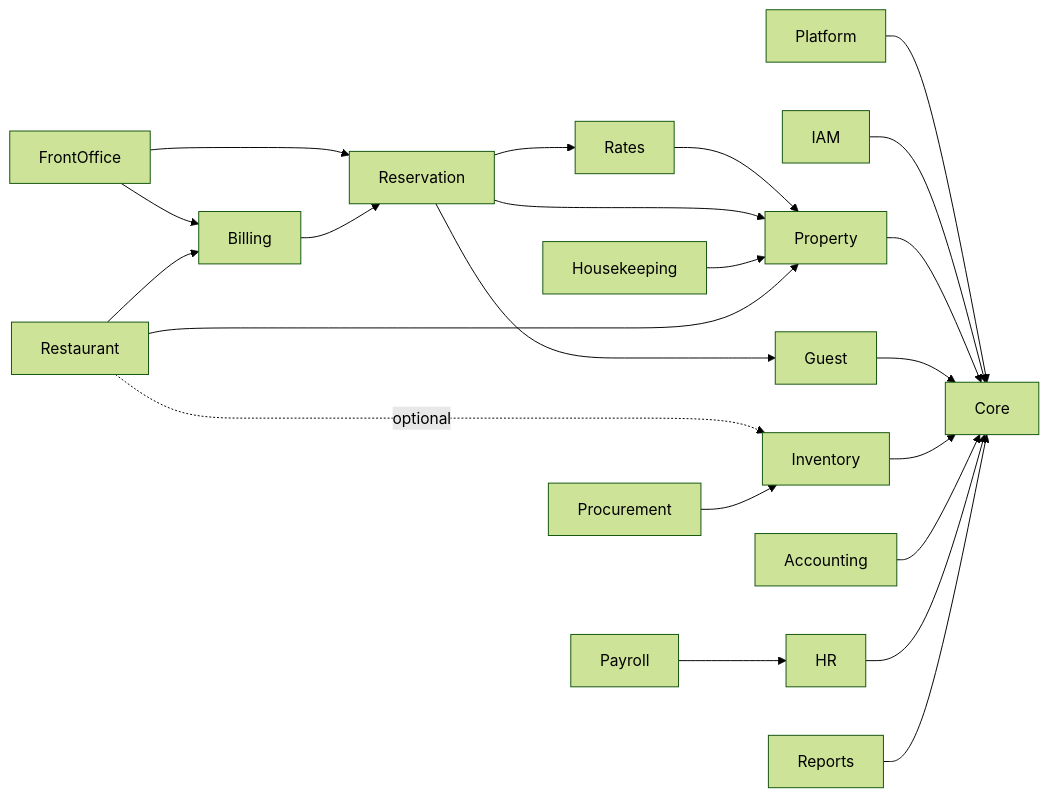
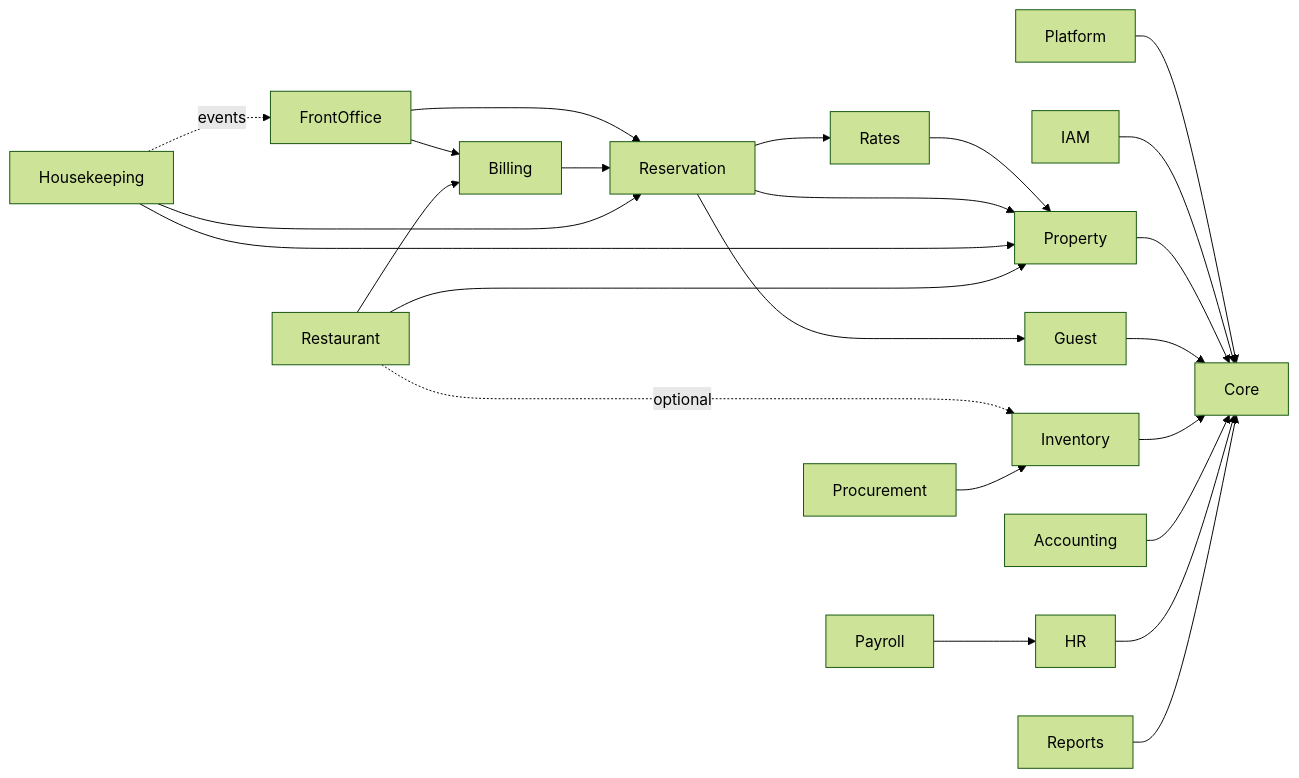
The third of 10 diagrams in docs/ARCHITECTURE.md (saidurwd/Resort365), drawn with Mermaid (forest theme) before and after one commit. The commit also changed other lines of this file and 120 other files, not shown here.

````diff
--- a/docs/ARCHITECTURE.md
+++ b/docs/ARCHITECTURE.md
@@ -295,25 +295,27 @@
 ```mermaid
 flowchart LR
     Core
     Platform --> Core
     IAM --> Core
     Property --> Core
     Guest --> Core
     Rates --> Property
     Reservation --> Property
     Reservation --> Rates
     Reservation --> Guest
     FrontOffice --> Reservation
     FrontOffice --> Billing
     Billing --> Reservation
     Housekeeping --> Property
+    Housekeeping --> Reservation
+    Housekeeping -. events .-> FrontOffice
     Restaurant --> Property
     Restaurant --> Billing
     Restaurant -. optional .-> Inventory
     Inventory --> Core
     Procurement --> Inventory
     Accounting --> Core
     HR --> Core
     Payroll --> HR
     Reports --> Core
 ```
````
